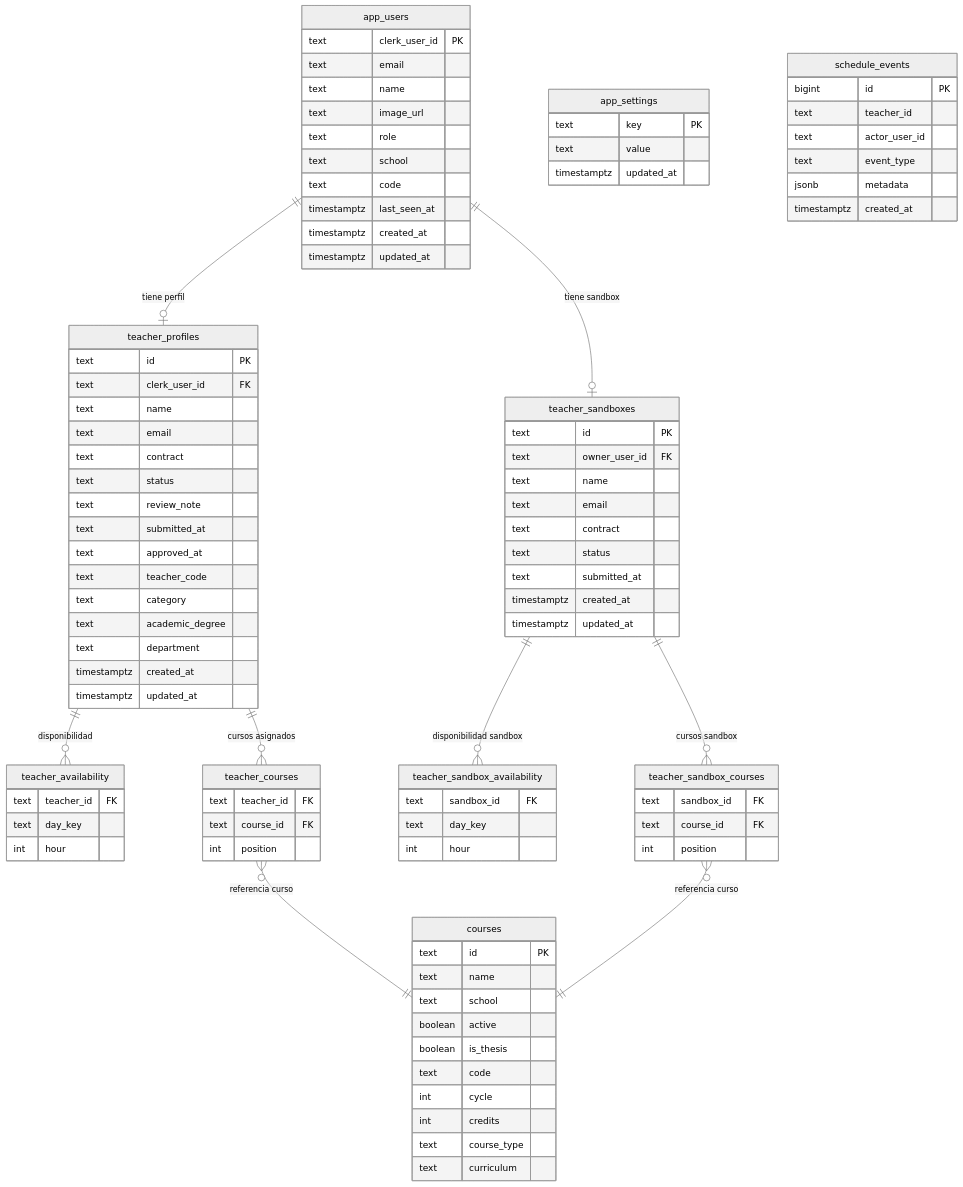
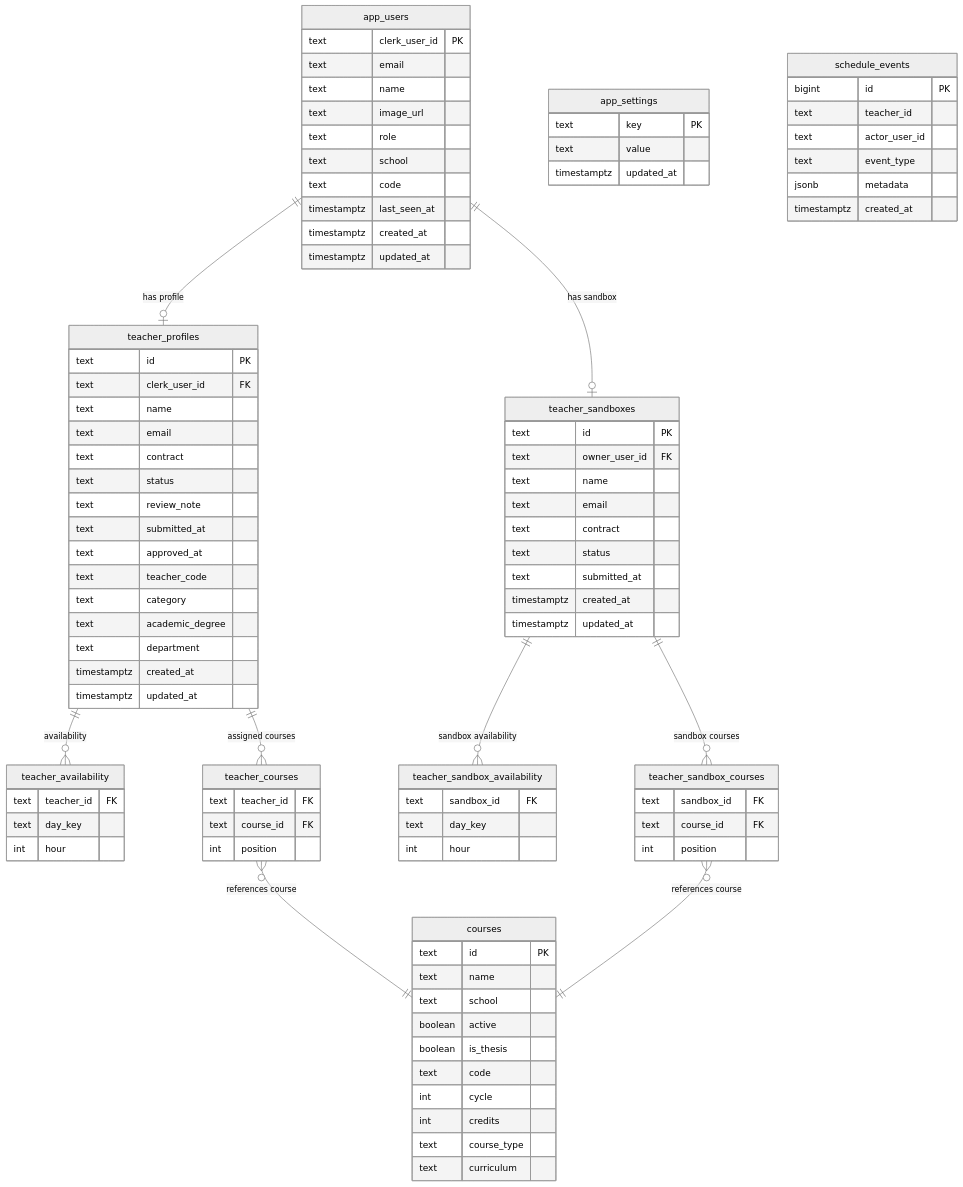
Before and after one commit to hhwjsw711/horarios-fisi: the diagram in docs/data-model.md, drawn with Mermaid (neutral theme). The commit also changed other lines of this file and 5 other files, not shown here.

````diff
--- a/docs/data-model.md
+++ b/docs/data-model.md
@@ -101,12 +101,12 @@
         int position
     }
 
-    app_users ||--o| teacher_profiles : "tiene perfil"
-    app_users ||--o| teacher_sandboxes : "tiene sandbox"
-    teacher_profiles ||--o{ teacher_availability : "disponibilidad"
-    teacher_profiles ||--o{ teacher_courses : "cursos asignados"
-    teacher_courses }o--|| courses : "referencia curso"
-    teacher_sandboxes ||--o{ teacher_sandbox_availability : "disponibilidad sandbox"
-    teacher_sandboxes ||--o{ teacher_sandbox_courses : "cursos sandbox"
-    teacher_sandbox_courses }o--|| courses : "referencia curso"
+    app_users ||--o| teacher_profiles : "has profile"
+    app_users ||--o| teacher_sandboxes : "has sandbox"
+    teacher_profiles ||--o{ teacher_availability : "availability"
+    teacher_profiles ||--o{ teacher_courses : "assigned courses"
+    teacher_courses }o--|| courses : "references course"
+    teacher_sandboxes ||--o{ teacher_sandbox_availability : "sandbox availability"
+    teacher_sandboxes ||--o{ teacher_sandbox_courses : "sandbox courses"
+    teacher_sandbox_courses }o--|| courses : "references course"
 ```
````
